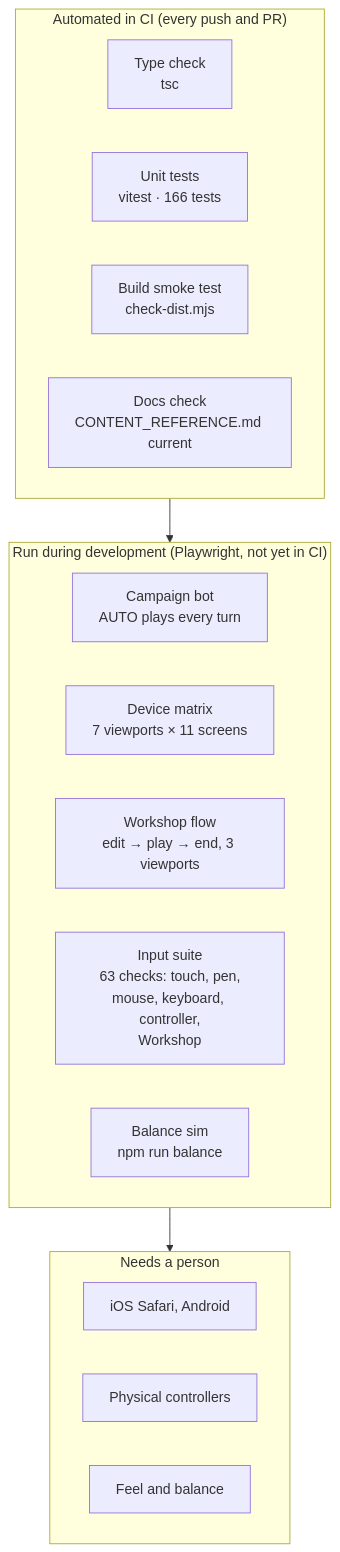
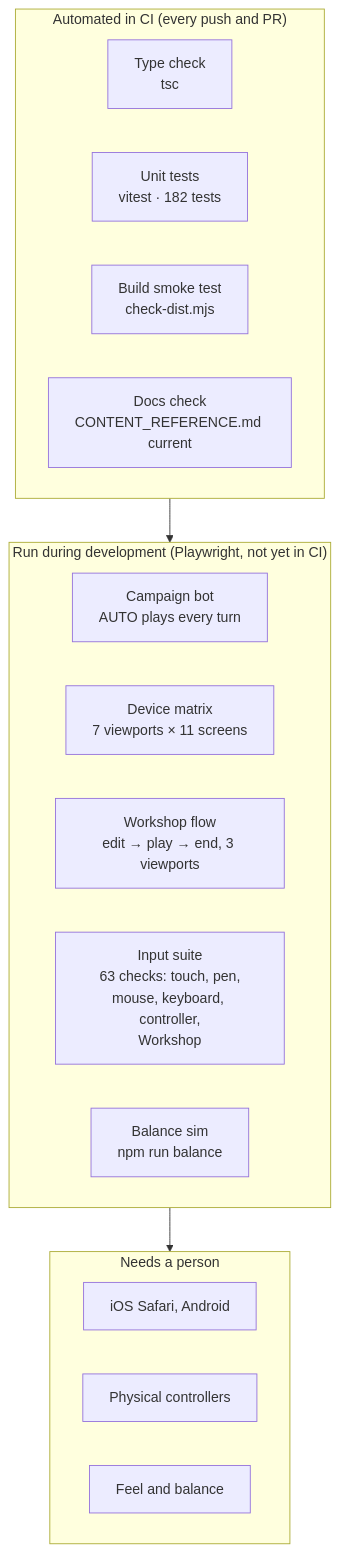
The diagram in docs/TESTING.md (CptNope/Chess-RPG-Tactics), drawn with Mermaid before and after one commit. The commit also changed other lines of this file and 24 other files, not shown here.

````diff
--- a/docs/TESTING.md
+++ b/docs/TESTING.md
@@ -9,22 +9,22 @@
 ```mermaid
 flowchart TB
     subgraph Auto["Automated in CI (every push and PR)"]
         T1["Type check<br/>tsc"]
-        T2["Unit tests<br/>vitest · 166 tests"]
+        T2["Unit tests<br/>vitest · 182 tests"]
         T3["Build smoke test<br/>check-dist.mjs"]
         T4["Docs check<br/>CONTENT_REFERENCE.md current"]
     end
     subgraph Dev["Run during development (Playwright, not yet in CI)"]
         P1["Campaign bot<br/>AUTO plays every turn"]
         P2["Device matrix<br/>7 viewports × 11 screens"]
         P4["Workshop flow<br/>edit → play → end, 3 viewports"]
         P3["Input suite<br/>63 checks: touch, pen,<br/>mouse, keyboard, controller,<br/>Workshop"]
         P5["Balance sim<br/>npm run balance"]
     end
     subgraph Human["Needs a person"]
         H1["iOS Safari, Android"]
         H2["Physical controllers"]
         H3["Feel and balance"]
     end
     Auto --> Dev --> Human
 ```
````
